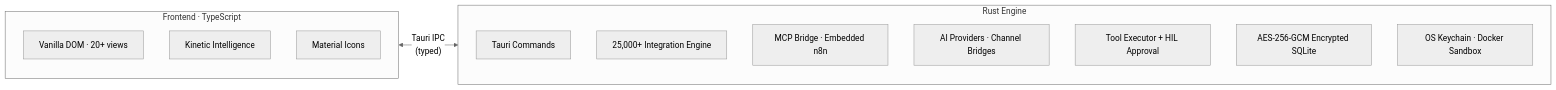
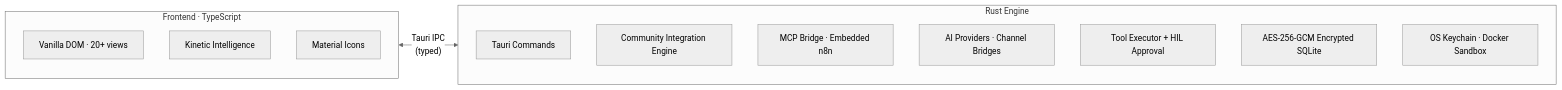
One commit to elisplash/paw changed the diagram in README.md. Above: the diagram before and after it, drawn with Mermaid (neutral theme). The commit also changed other lines of this file and 48 other files, not shown here.

First line of the commit message:
engram: quality hardening + graph strengthening

````diff
--- a/README.md
+++ b/README.md
@@ -366,20 +366,20 @@
 ```mermaid
 flowchart LR
   subgraph Frontend["Frontend · TypeScript"]
     UI["Vanilla DOM · 20+ views"]
     KI["Kinetic Intelligence"]
     Icons["Material Icons"]
   end
 
   subgraph Engine["Rust Engine"]
     Tauri["Tauri Commands"]
-    Integrations["25,000+ Integration Engine"]
+    Integrations["Community Integration Engine"]
     MCP["MCP Bridge · Embedded n8n"]
     Providers["AI Providers · Channel Bridges"]
     Tools["Tool Executor + HIL Approval"]
     DB["AES-256-GCM Encrypted SQLite"]
     Security["OS Keychain · Docker Sandbox"]
   end
 
   Frontend <-->|"Tauri IPC\n(typed)"| Engine
 ```
````
